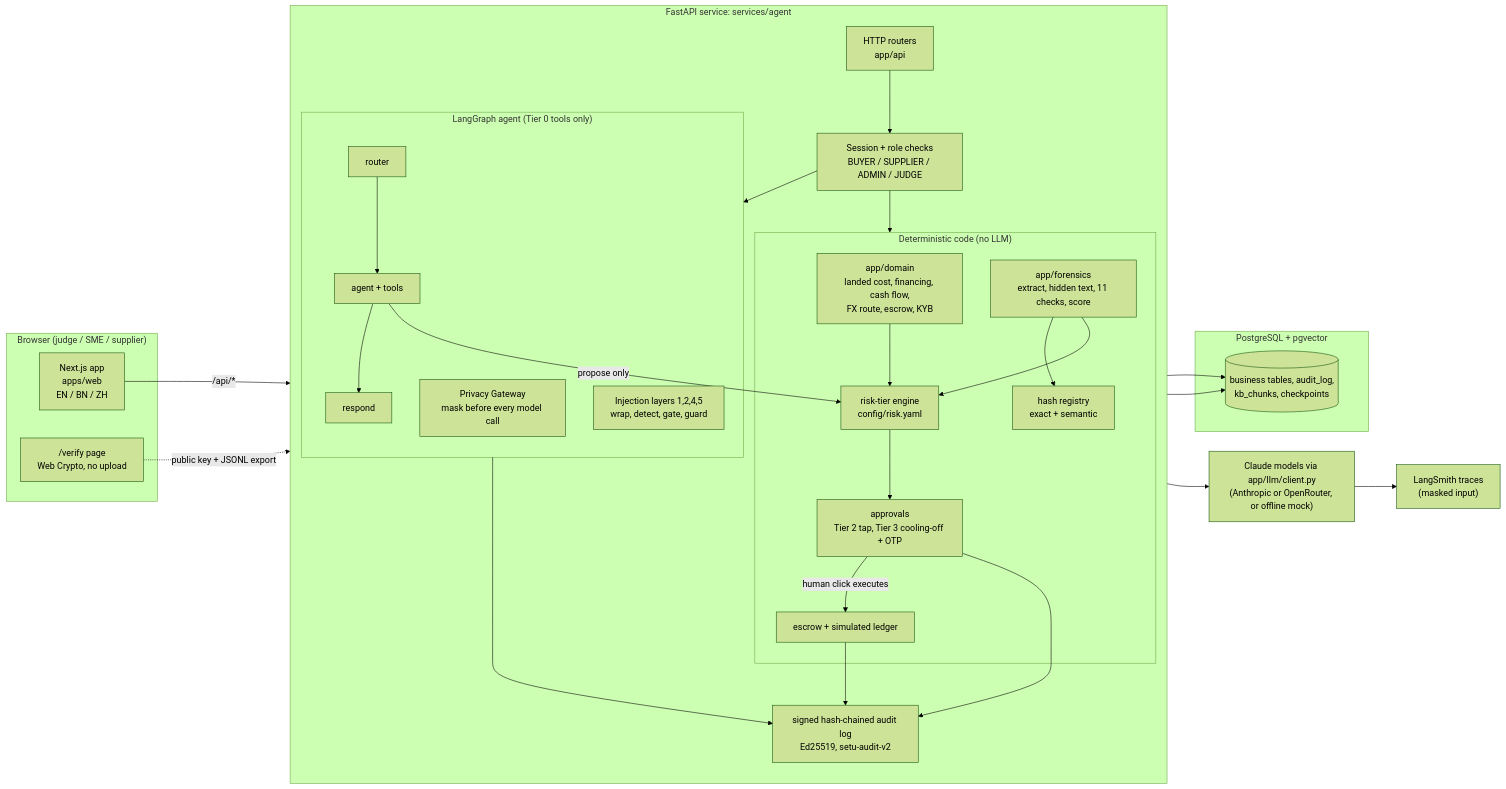
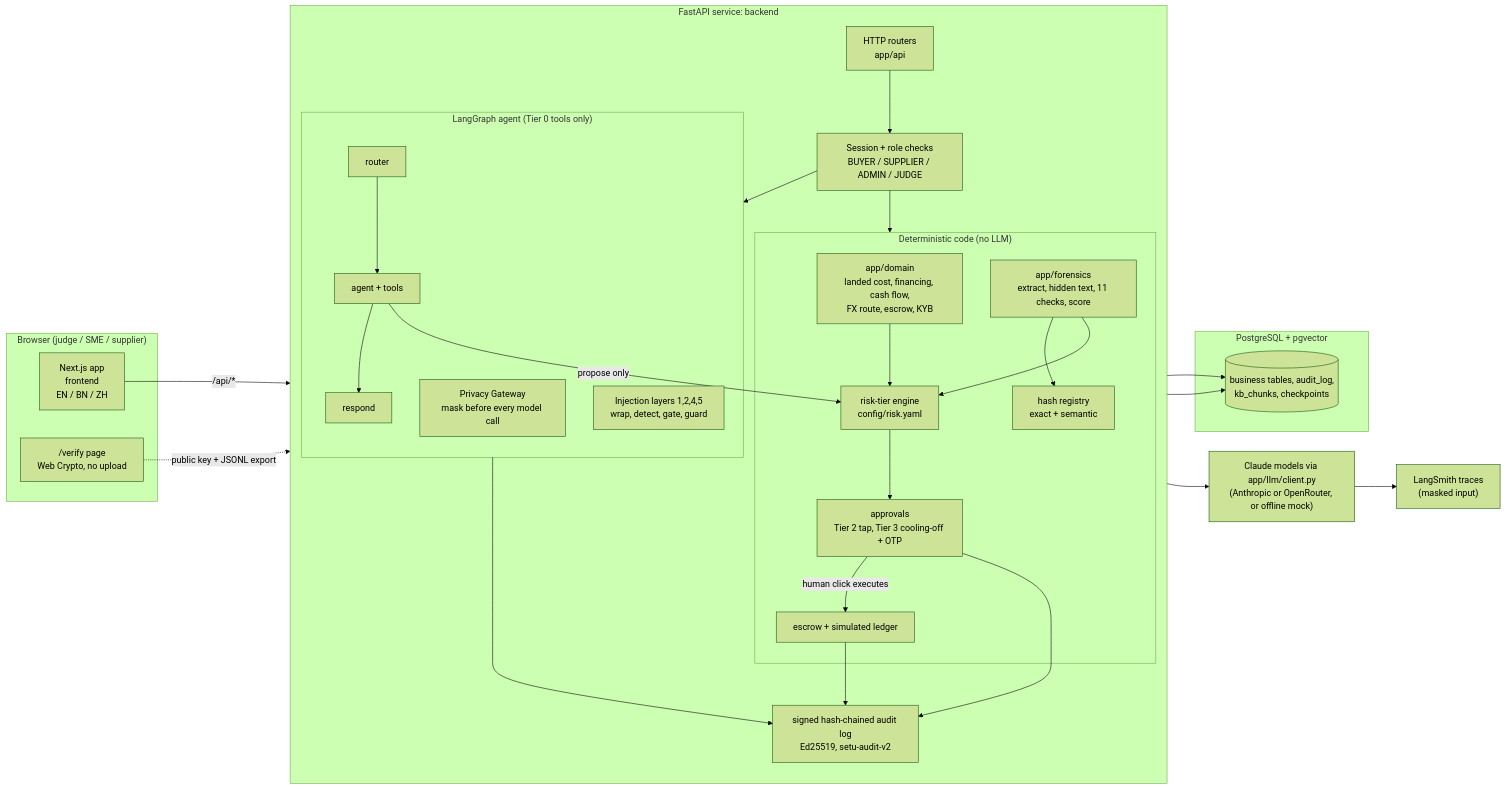
Before and after one commit to Ebratul/Setu: the diagram in docs/architecture.mmd, drawn with Mermaid (forest theme). The commit also changed 1032 other files, not shown here.

First line of the commit message:
chore(deploy): split repo into frontend/, backend/ and rag_agent/

```diff
--- a/docs/architecture.mmd
+++ b/docs/architecture.mmd
@@ -1,51 +1,51 @@
 flowchart LR
   subgraph Browser["Browser (judge / SME / supplier)"]
-    WEB["Next.js app<br/>apps/web<br/>EN / BN / ZH"]
+    WEB["Next.js app<br/>frontend<br/>EN / BN / ZH"]
     VER["/verify page<br/>Web Crypto, no upload"]
   end
 
-  subgraph API["FastAPI service: services/agent"]
+  subgraph API["FastAPI service: backend"]
     direction TB
     ROUTERS["HTTP routers<br/>app/api"]
     AUTH["Session + role checks<br/>BUYER / SUPPLIER / ADMIN / JUDGE"]
     subgraph AGENT["LangGraph agent (Tier 0 tools only)"]
       PG["Privacy Gateway<br/>mask before every model call"]
       RT["router"] --> AG["agent + tools"] --> RS["respond"]
       WRAP["Injection layers 1,2,4,5<br/>wrap, detect, gate, guard"]
     end
     subgraph CODE["Deterministic code (no LLM)"]
       DOM["app/domain<br/>landed cost, financing, cash flow,<br/>FX route, escrow, KYB"]
       FOR["app/forensics<br/>extract, hidden text, 11 checks, score"]
       REG["hash registry<br/>exact + semantic"]
       RISK["risk-tier engine<br/>config/risk.yaml"]
       APPR["approvals<br/>Tier 2 tap, Tier 3 cooling-off + OTP"]
       ESC["escrow + simulated ledger"]
     end
     AUD["signed hash-chained audit log<br/>Ed25519, setu-audit-v2"]
   end
 
   subgraph DATA["PostgreSQL + pgvector"]
     DB[("business tables, audit_log,<br/>kb_chunks, checkpoints")]
   end
 
   LLM["Claude models via app/llm/client.py<br/>(Anthropic or OpenRouter, or offline mock)"]
   LS["LangSmith traces<br/>(masked input)"]
 
   WEB -->|"/api/*"| ROUTERS
   ROUTERS --> AUTH
   AUTH --> AGENT
   AUTH --> CODE
   PG --> LLM
   LLM --> LS
   AG -->|"propose only"| RISK
   RISK --> APPR
   APPR -->|"human click executes"| ESC
   FOR --> REG
   FOR --> RISK
   DOM --> RISK
   ESC --> AUD
   APPR --> AUD
   AGENT --> AUD
   CODE --> DB
   AUD --> DB
   VER -.->|"public key + JSONL export"| AUD
```
